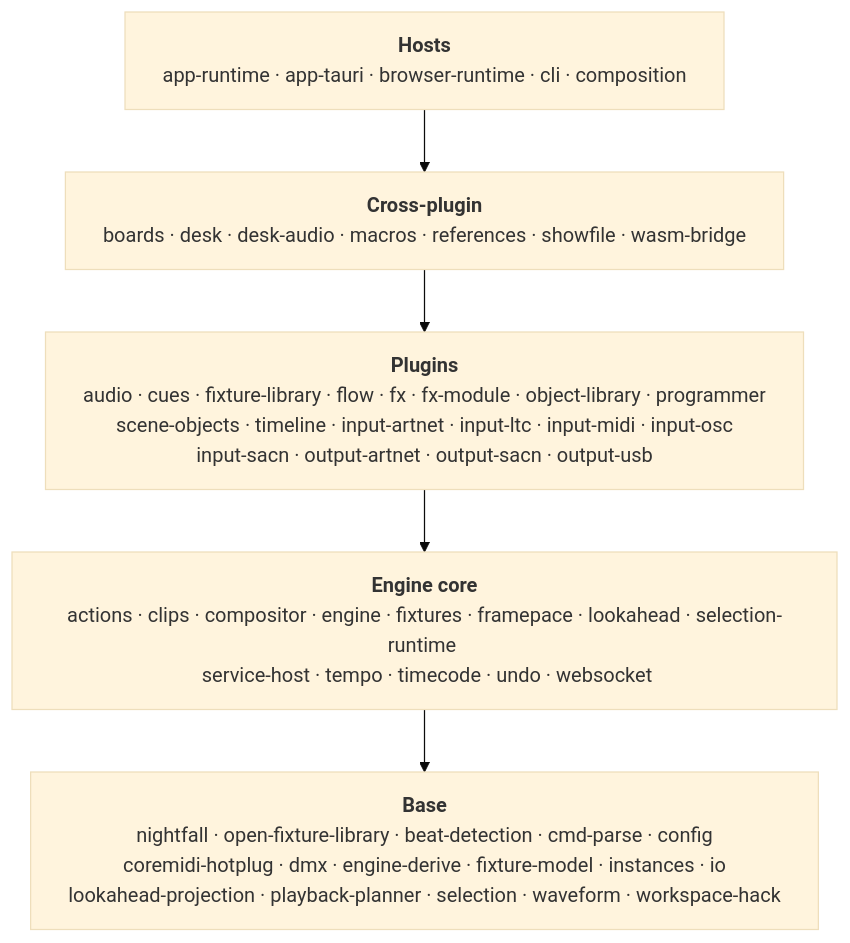
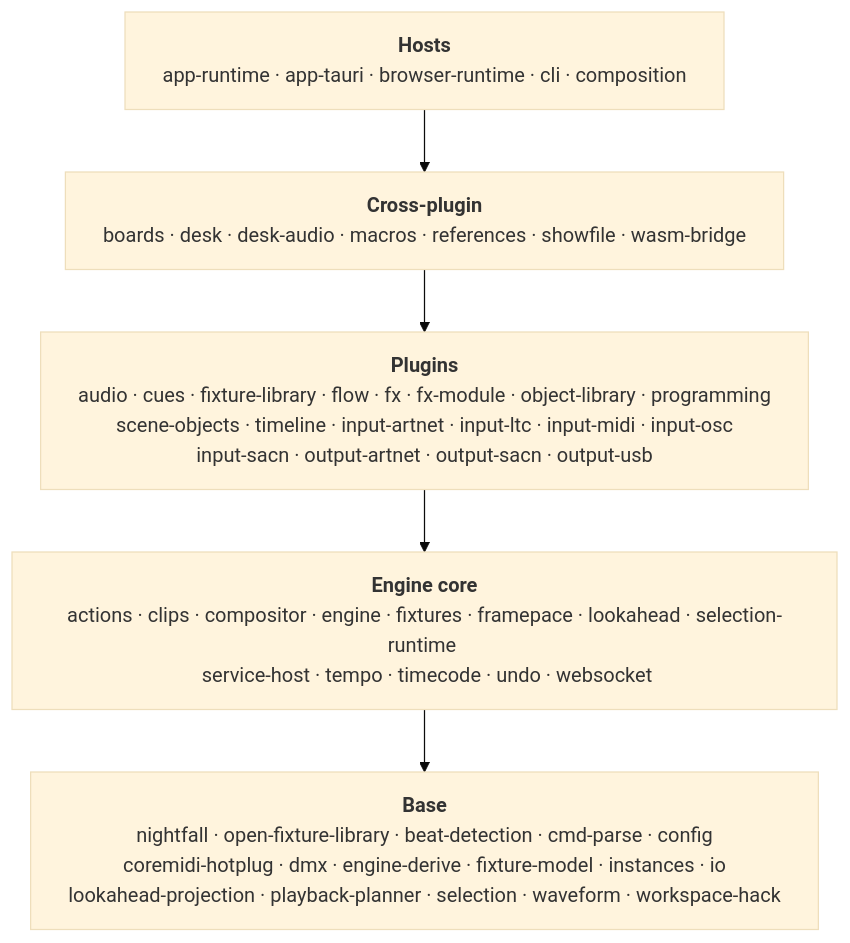
Before and after one commit to stewartadam/nightfall-lightdesk: the diagram in docs/internal/src/architecture/crate-map.md, drawn with Mermaid (base theme). The commit also changed other lines of this file and 52 other files, not shown here.

First line of the commit message:
refactor(engine:programming): rename the programmer crate to programming

````diff
--- a/docs/internal/src/architecture/crate-map.md
+++ b/docs/internal/src/architecture/crate-map.md
@@ -13,16 +13,16 @@
 ```mermaid
 ---
 config:
   flowchart:
     wrappingWidth: 600
 ---
 flowchart TB
   accTitle: Crate layers, their crates, and allowed dependencies
   accDescr: Five layers from hosts down to base, each listing its crates. Each layer may depend on any layer below it. Plugin crates may not depend on other plugin crates.
   hosts["<b>Hosts</b><br/>app-runtime · app-tauri · browser-runtime · cli · composition"]
   crossPlugin["<b>Cross-plugin</b><br/>boards · desk · desk-audio · macros · references · showfile · wasm-bridge"]
-  plugins["<b>Plugins</b><br/>audio · cues · fixture-library · flow · fx · fx-module · object-library · programmer <br/> scene-objects · timeline · input-artnet · input-ltc · input-midi · input-osc <br /> input-sacn · output-artnet · output-sacn · output-usb"]
+  plugins["<b>Plugins</b><br/>audio · cues · fixture-library · flow · fx · fx-module · object-library · programming <br/> scene-objects · timeline · input-artnet · input-ltc · input-midi · input-osc <br /> input-sacn · output-artnet · output-sacn · output-usb"]
   engineCore["<b>Engine core</b><br/>actions · clips · compositor · engine · fixtures · framepace · lookahead · selection-runtime <br /> service-host · tempo · timecode · undo · websocket"]
   base["<b>Base</b><br/>nightfall · open-fixture-library · beat-detection · cmd-parse · config <br /> coremidi-hotplug · dmx · engine-derive · fixture-model · instances · io <br /> lookahead-projection · playback-planner · selection · waveform · workspace-hack"]
   hosts --> crossPlugin --> plugins --> engineCore --> base
 ```
````
